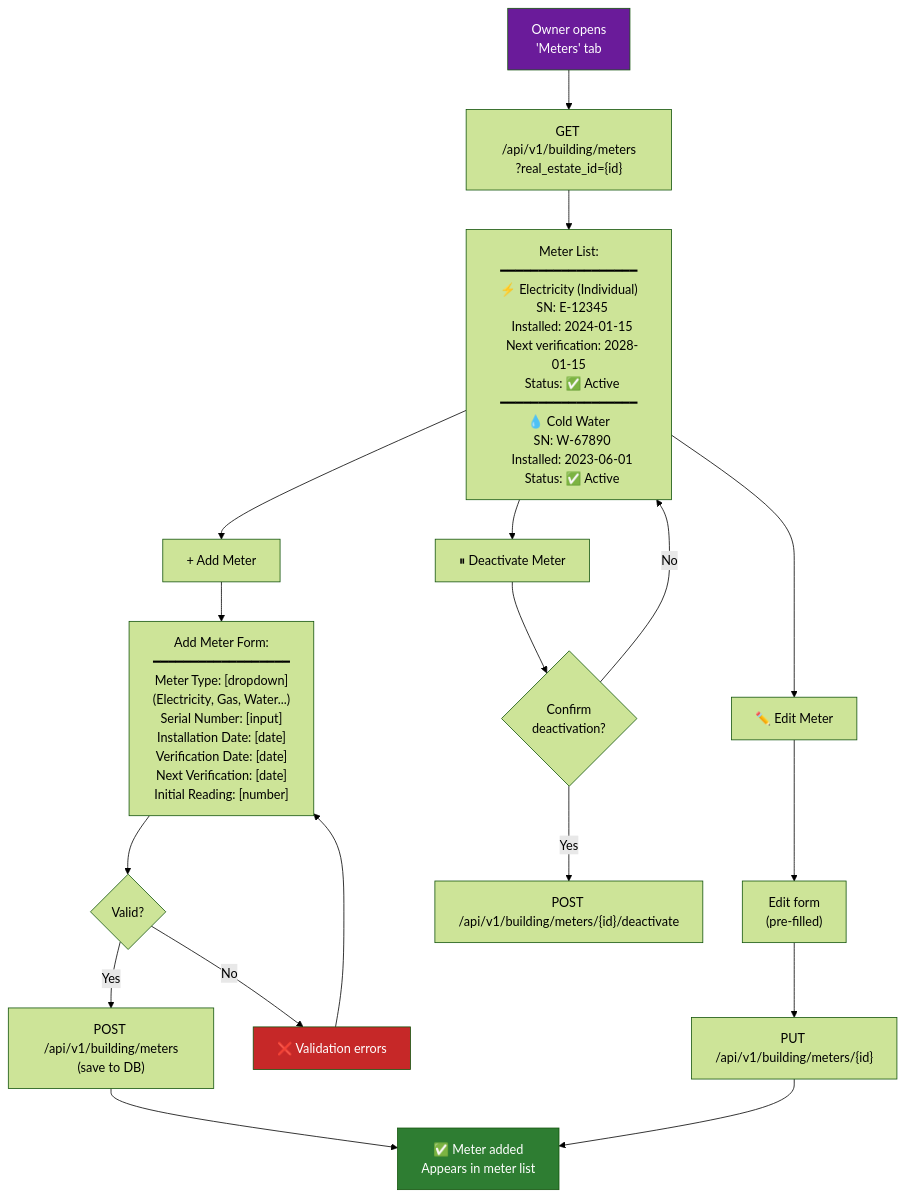
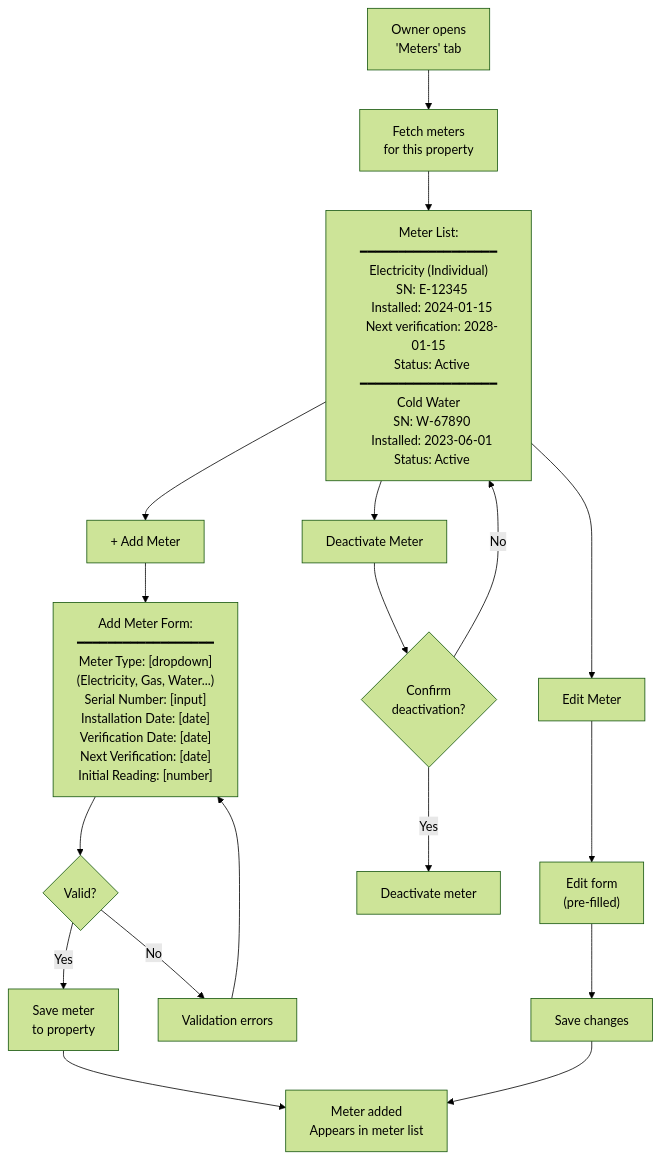
Before and after one commit to saodatm-dev/Utilities---Informational-Architecture: the fourth of 11 diagrams in Utilities - Business Owner.md, drawn with Mermaid (forest theme). The commit also changed other lines of this file, not shown here.

Commit message:
refactor: Streamline Mermaid diagrams by removing icons, styling, and the 'Billing Management' flow, while expanding utility account details and removing backend notes.

````diff
--- a/Utilities - Business Owner.md
+++ b/Utilities - Business Owner.md
@@ -116,31 +99,27 @@
 ```mermaid
 flowchart TD
-    METERS["Owner opens<br/>'Meters' tab"] --> LIST["GET /api/v1/building/meters<br/>?real_estate_id={id}"]
+    METERS["Owner opens<br/>'Meters' tab"] --> LIST["Fetch meters<br/>for this property"]
 
-    LIST --> VIEW["Meter List:<br/>━━━━━━━━━━━━━━━━━━<br/>⚡ Electricity (Individual)<br/>  SN: E-12345<br/>  Installed: 2024-01-15<br/>  Next verification: 2028-01-15<br/>  Status: ✅ Active<br/>━━━━━━━━━━━━━━━━━━<br/>💧 Cold Water<br/>  SN: W-67890<br/>  Installed: 2023-06-01<br/>  Status: ✅ Active"]
+    LIST --> VIEW["Meter List:<br/>━━━━━━━━━━━━━━━━━━<br/>Electricity (Individual)<br/>  SN: E-12345<br/>  Installed: 2024-01-15<br/>  Next verification: 2028-01-15<br/>  Status: Active<br/>━━━━━━━━━━━━━━━━━━<br/>Cold Water<br/>  SN: W-67890<br/>  Installed: 2023-06-01<br/>  Status: Active"]
 
     VIEW --> ADD_BTN["+ Add Meter"]
-    VIEW --> EDIT_BTN["✏️ Edit Meter"]
-    VIEW --> DEACTIVATE["⏸ Deactivate Meter"]
+    VIEW --> EDIT_BTN["Edit Meter"]
+    VIEW --> DEACTIVATE["Deactivate Meter"]
 
     ADD_BTN --> ADD_FORM["Add Meter Form:<br/>━━━━━━━━━━━━━━━━━━<br/>Meter Type: [dropdown]<br/>  (Electricity, Gas, Water...)<br/>Serial Number: [input]<br/>Installation Date: [date]<br/>Verification Date: [date]<br/>Next Verification: [date]<br/>Initial Reading: [number]"]
 
     ADD_FORM --> VALIDATE_FORM{"Valid?"}
-    VALIDATE_FORM -->|"Yes"| SAVE["POST /api/v1/building/meters<br/>(save to DB)"]
-    VALIDATE_FORM -->|"No"| ERROR["❌ Validation errors"]
+    VALIDATE_FORM -->|"Yes"| SAVE["Save meter<br/>to property"]
+    VALIDATE_FORM -->|"No"| ERROR["Validation errors"]
     ERROR --> ADD_FORM
 
-    SAVE --> SUCCESS["✅ Meter added<br/>Appears in meter list"]
+    SAVE --> SUCCESS["Meter added<br/>Appears in meter list"]
 
     EDIT_BTN --> EDIT_FORM["Edit form<br/>(pre-filled)"]
-    EDIT_FORM --> SAVE_EDIT["PUT /api/v1/building/meters/{id}"]
+    EDIT_FORM --> SAVE_EDIT["Save changes"]
     SAVE_EDIT --> SUCCESS
 
     DEACTIVATE --> CONFIRM_DEACT{"Confirm<br/>deactivation?"}
-    CONFIRM_DEACT -->|"Yes"| DO_DEACT["POST /api/v1/building/meters/{id}/deactivate"]
+    CONFIRM_DEACT -->|"Yes"| DO_DEACT["Deactivate meter"]
     CONFIRM_DEACT -->|"No"| VIEW
-
-    style METERS fill:#6A1B9A,color:#fff
-    style SUCCESS fill:#2E7D32,color:#fff
-    style ERROR fill:#C62828,color:#fff
 ```
````
